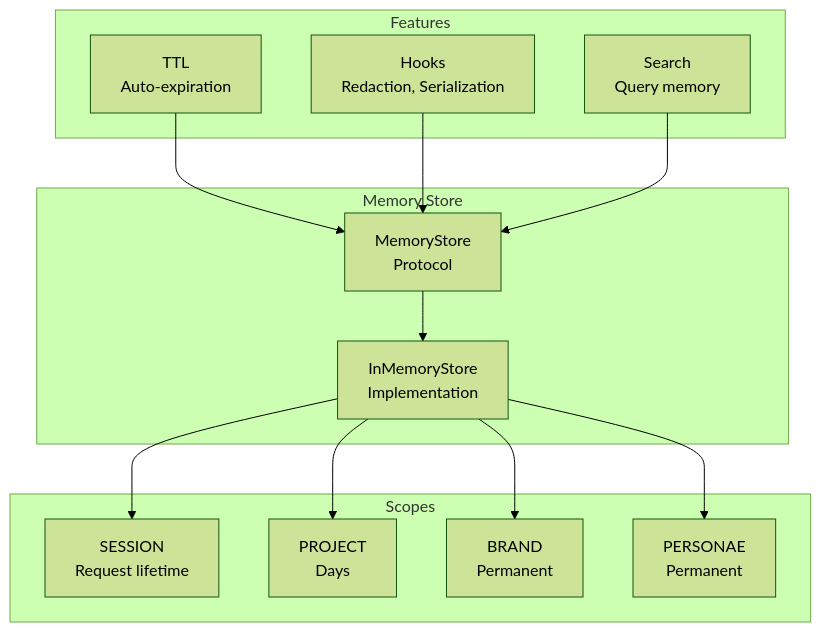
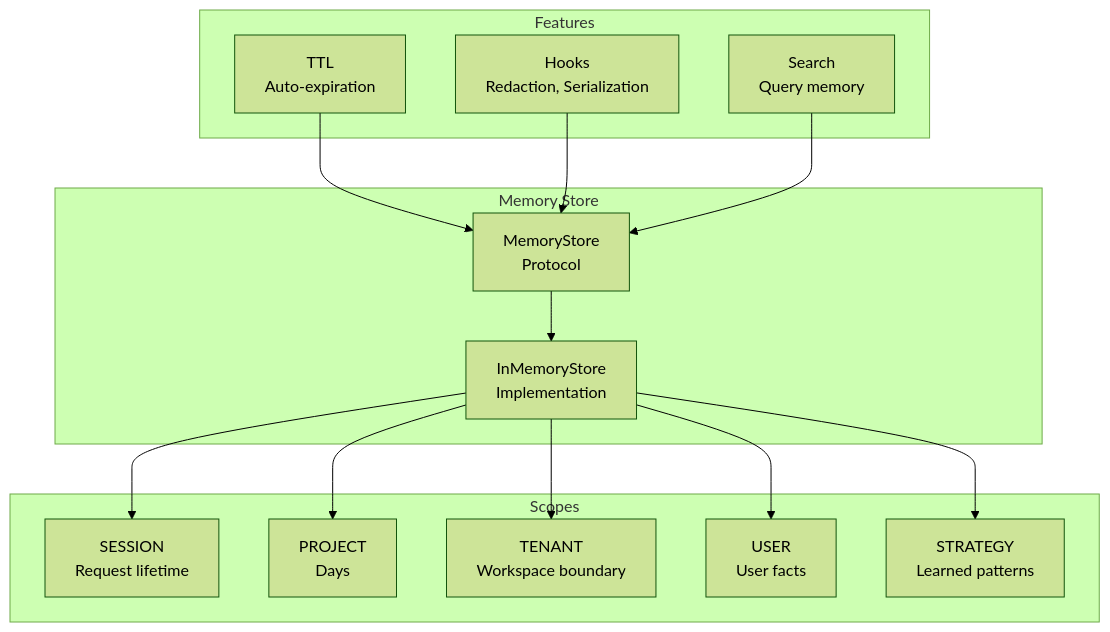
The first of 2 diagrams in docs/memory.md (drchinca/cemaf), drawn with Mermaid (forest theme) before and after one commit. The commit also changed other lines of this file and 246 other files, not shown here.

````diff
--- a/docs/memory.md
+++ b/docs/memory.md
@@ -7,29 +7,31 @@
 ```mermaid
 flowchart TB
     subgraph Memory Store
         STORE[MemoryStore<br/>Protocol]
         INMEM[InMemoryStore<br/>Implementation]
     end
 
     subgraph Scopes
         SESSION[SESSION<br/>Request lifetime]
         PROJECT[PROJECT<br/>Days]
-        BRAND[BRAND<br/>Permanent]
-        PERSONAE[PERSONAE<br/>Permanent]
+        TENANT[TENANT<br/>Workspace boundary]
+        USER[USER<br/>User facts]
+        STRATEGY[STRATEGY<br/>Learned patterns]
     end
 
     subgraph Features
         TTL[TTL<br/>Auto-expiration]
         HOOKS[Hooks<br/>Redaction, Serialization]
         SEARCH[Search<br/>Query memory]
     end
 
     STORE --> INMEM
     INMEM --> SESSION
     INMEM --> PROJECT
-    INMEM --> BRAND
-    INMEM --> PERSONAE
+    INMEM --> TENANT
+    INMEM --> USER
+    INMEM --> STRATEGY
     TTL --> STORE
     HOOKS --> STORE
     SEARCH --> STORE
 ```
````
